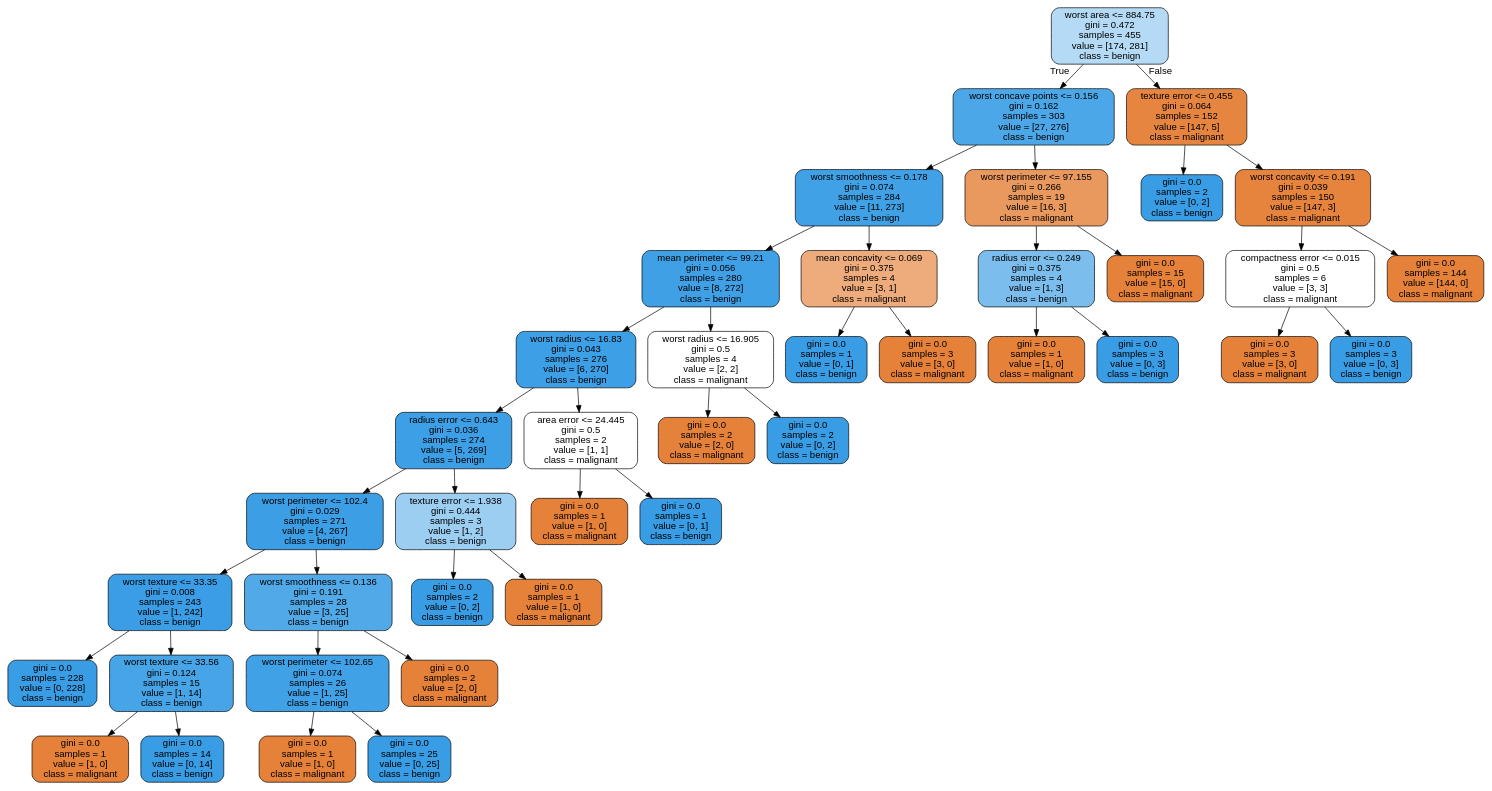
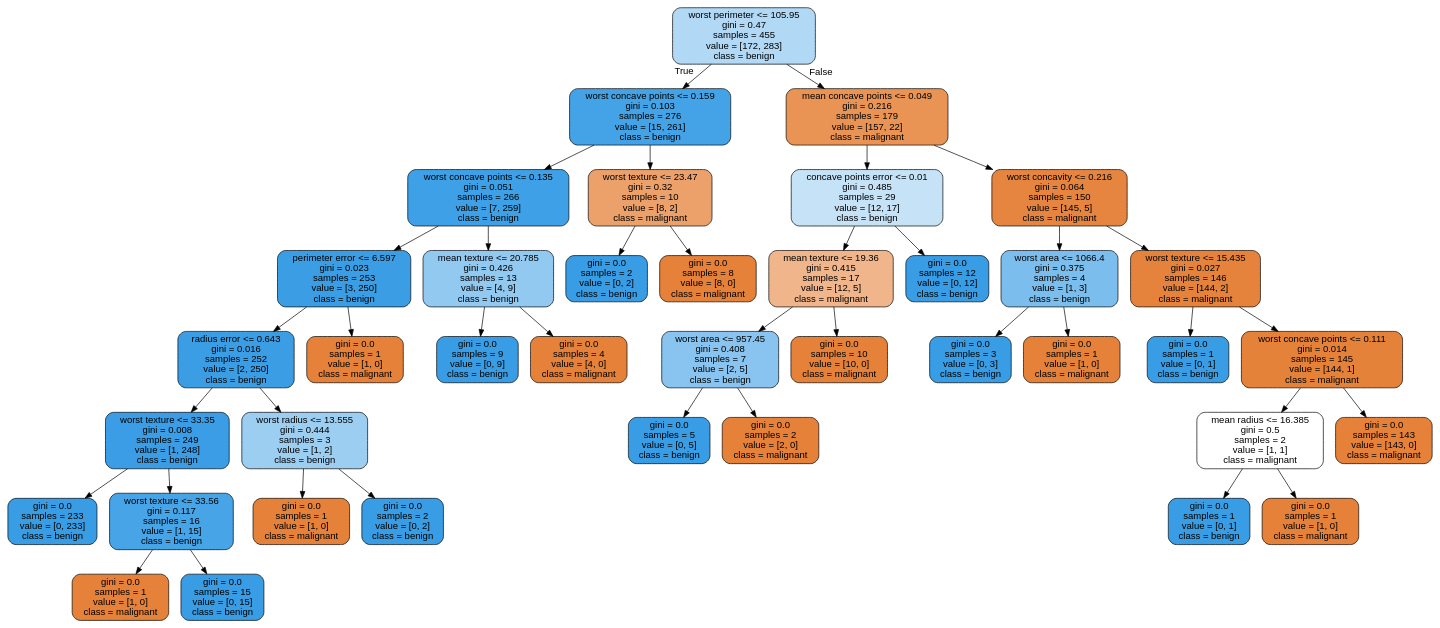
The diagram in images/decision_trees/cancer_tree_train.dot (JoseDeJesusMendozaBecerril/Practica4_MineriaDeDatos), drawn with Graphviz before and after one commit. The commit also changed 10 other files, not shown here.

```diff
--- a/images/decision_trees/cancer_tree_train.dot
+++ b/images/decision_trees/cancer_tree_train.dot
@@ -1,85 +1,81 @@
 digraph Tree {
 node [shape=box, style="filled, rounded", color="black", fontname=helvetica] ;
 edge [fontname=helvetica] ;
-0 [label="worst area <= 884.75\ngini = 0.472\nsamples = 455\nvalue = [174, 281]\nclass = benign", fillcolor="#b4daf5"] ;
-1 [label="worst concave points <= 0.156\ngini = 0.162\nsamples = 303\nvalue = [27, 276]\nclass = benign", fillcolor="#4ca7e8"] ;
+0 [label="worst perimeter <= 105.95\ngini = 0.47\nsamples = 455\nvalue = [172, 283]\nclass = benign", fillcolor="#b1d9f5"] ;
+1 [label="worst concave points <= 0.159\ngini = 0.103\nsamples = 276\nvalue = [15, 261]\nclass = benign", fillcolor="#44a3e6"] ;
 0 -> 1 [labeldistance=2.5, labelangle=45, headlabel="True"] ;
-2 [label="worst smoothness <= 0.178\ngini = 0.074\nsamples = 284\nvalue = [11, 273]\nclass = benign", fillcolor="#41a1e6"] ;
+2 [label="worst concave points <= 0.135\ngini = 0.051\nsamples = 266\nvalue = [7, 259]\nclass = benign", fillcolor="#3ea0e6"] ;
 1 -> 2 ;
-3 [label="mean perimeter <= 99.21\ngini = 0.056\nsamples = 280\nvalue = [8, 272]\nclass = benign", fillcolor="#3fa0e6"] ;
+3 [label="perimeter error <= 6.597\ngini = 0.023\nsamples = 253\nvalue = [3, 250]\nclass = benign", fillcolor="#3b9ee5"] ;
 2 -> 3 ;
-4 [label="worst radius <= 16.83\ngini = 0.043\nsamples = 276\nvalue = [6, 270]\nclass = benign", fillcolor="#3d9fe6"] ;
+4 [label="radius error <= 0.643\ngini = 0.016\nsamples = 252\nvalue = [2, 250]\nclass = benign", fillcolor="#3b9ee5"] ;
 3 -> 4 ;
-5 [label="radius error <= 0.643\ngini = 0.036\nsamples = 274\nvalue = [5, 269]\nclass = benign", fillcolor="#3d9fe5"] ;
+5 [label="worst texture <= 33.35\ngini = 0.008\nsamples = 249\nvalue = [1, 248]\nclass = benign", fillcolor="#3a9de5"] ;
 4 -> 5 ;
-6 [label="worst perimeter <= 102.4\ngini = 0.029\nsamples = 271\nvalue = [4, 267]\nclass = benign", fillcolor="#3c9ee5"] ;
+6 [label="gini = 0.0\nsamples = 233\nvalue = [0, 233]\nclass = benign", fillcolor="#399de5"] ;
 5 -> 6 ;
-7 [label="worst texture <= 33.35\ngini = 0.008\nsamples = 243\nvalue = [1, 242]\nclass = benign", fillcolor="#3a9de5"] ;
-6 -> 7 ;
-8 [label="gini = 0.0\nsamples = 228\nvalue = [0, 228]\nclass = benign", fillcolor="#399de5"] ;
+7 [label="worst texture <= 33.56\ngini = 0.117\nsamples = 16\nvalue = [1, 15]\nclass = benign", fillcolor="#46a4e7"] ;
+5 -> 7 ;
+8 [label="gini = 0.0\nsamples = 1\nvalue = [1, 0]\nclass = malignant", fillcolor="#e58139"] ;
 7 -> 8 ;
-9 [label="worst texture <= 33.56\ngini = 0.124\nsamples = 15\nvalue = [1, 14]\nclass = benign", fillcolor="#47a4e7"] ;
+9 [label="gini = 0.0\nsamples = 15\nvalue = [0, 15]\nclass = benign", fillcolor="#399de5"] ;
 7 -> 9 ;
-10 [label="gini = 0.0\nsamples = 1\nvalue = [1, 0]\nclass = malignant", fillcolor="#e58139"] ;
-9 -> 10 ;
-11 [label="gini = 0.0\nsamples = 14\nvalue = [0, 14]\nclass = benign", fillcolor="#399de5"] ;
-9 -> 11 ;
-12 [label="worst smoothness <= 0.136\ngini = 0.191\nsamples = 28\nvalue = [3, 25]\nclass = benign", fillcolor="#51a9e8"] ;
-6 -> 12 ;
-13 [label="worst perimeter <= 102.65\ngini = 0.074\nsamples = 26\nvalue = [1, 25]\nclass = benign", fillcolor="#41a1e6"] ;
-12 -> 13 ;
-14 [label="gini = 0.0\nsamples = 1\nvalue = [1, 0]\nclass = malignant", fillcolor="#e58139"] ;
-13 -> 14 ;
-15 [label="gini = 0.0\nsamples = 25\nvalue = [0, 25]\nclass = benign", fillcolor="#399de5"] ;
-13 -> 15 ;
-16 [label="gini = 0.0\nsamples = 2\nvalue = [2, 0]\nclass = malignant", fillcolor="#e58139"] ;
-12 -> 16 ;
-17 [label="texture error <= 1.938\ngini = 0.444\nsamples = 3\nvalue = [1, 2]\nclass = benign", fillcolor="#9ccef2"] ;
-5 -> 17 ;
+10 [label="worst radius <= 13.555\ngini = 0.444\nsamples = 3\nvalue = [1, 2]\nclass = benign", fillcolor="#9ccef2"] ;
+4 -> 10 ;
+11 [label="gini = 0.0\nsamples = 1\nvalue = [1, 0]\nclass = malignant", fillcolor="#e58139"] ;
+10 -> 11 ;
+12 [label="gini = 0.0\nsamples = 2\nvalue = [0, 2]\nclass = benign", fillcolor="#399de5"] ;
+10 -> 12 ;
+13 [label="gini = 0.0\nsamples = 1\nvalue = [1, 0]\nclass = malignant", fillcolor="#e58139"] ;
+3 -> 13 ;
+14 [label="mean texture <= 20.785\ngini = 0.426\nsamples = 13\nvalue = [4, 9]\nclass = benign", fillcolor="#91c9f1"] ;
+2 -> 14 ;
+15 [label="gini = 0.0\nsamples = 9\nvalue = [0, 9]\nclass = benign", fillcolor="#399de5"] ;
+14 -> 15 ;
+16 [label="gini = 0.0\nsamples = 4\nvalue = [4, 0]\nclass = malignant", fillcolor="#e58139"] ;
+14 -> 16 ;
+17 [label="worst texture <= 23.47\ngini = 0.32\nsamples = 10\nvalue = [8, 2]\nclass = malignant", fillcolor="#eca06a"] ;
+1 -> 17 ;
 18 [label="gini = 0.0\nsamples = 2\nvalue = [0, 2]\nclass = benign", fillcolor="#399de5"] ;
 17 -> 18 ;
-19 [label="gini = 0.0\nsamples = 1\nvalue = [1, 0]\nclass = malignant", fillcolor="#e58139"] ;
+19 [label="gini = 0.0\nsamples = 8\nvalue = [8, 0]\nclass = malignant", fillcolor="#e58139"] ;
 17 -> 19 ;
-20 [label="area error <= 24.445\ngini = 0.5\nsamples = 2\nvalue = [1, 1]\nclass = malignant", fillcolor="#ffffff"] ;
-4 -> 20 ;
-21 [label="gini = 0.0\nsamples = 1\nvalue = [1, 0]\nclass = malignant", fillcolor="#e58139"] ;
+20 [label="mean concave points <= 0.049\ngini = 0.216\nsamples = 179\nvalue = [157, 22]\nclass = malignant", fillcolor="#e99355"] ;
+0 -> 20 [labeldistance=2.5, labelangle=-45, headlabel="False"] ;
+21 [label="concave points error <= 0.01\ngini = 0.485\nsamples = 29\nvalue = [12, 17]\nclass = benign", fillcolor="#c5e2f7"] ;
 20 -> 21 ;
-22 [label="gini = 0.0\nsamples = 1\nvalue = [0, 1]\nclass = benign", fillcolor="#399de5"] ;
-20 -> 22 ;
-23 [label="worst radius <= 16.905\ngini = 0.5\nsamples = 4\nvalue = [2, 2]\nclass = malignant", fillcolor="#ffffff"] ;
-3 -> 23 ;
-24 [label="gini = 0.0\nsamples = 2\nvalue = [2, 0]\nclass = malignant", fillcolor="#e58139"] ;
+22 [label="mean texture <= 19.36\ngini = 0.415\nsamples = 17\nvalue = [12, 5]\nclass = malignant", fillcolor="#f0b58b"] ;
+21 -> 22 ;
+23 [label="worst area <= 957.45\ngini = 0.408\nsamples = 7\nvalue = [2, 5]\nclass = benign", fillcolor="#88c4ef"] ;
+22 -> 23 ;
+24 [label="gini = 0.0\nsamples = 5\nvalue = [0, 5]\nclass = benign", fillcolor="#399de5"] ;
 23 -> 24 ;
-25 [label="gini = 0.0\nsamples = 2\nvalue = [0, 2]\nclass = benign", fillcolor="#399de5"] ;
+25 [label="gini = 0.0\nsamples = 2\nvalue = [2, 0]\nclass = malignant", fillcolor="#e58139"] ;
 23 -> 25 ;
-26 [label="mean concavity <= 0.069\ngini = 0.375\nsamples = 4\nvalue = [3, 1]\nclass = malignant", fillcolor="#eeab7b"] ;
-2 -> 26 ;
-27 [label="gini = 0.0\nsamples = 1\nvalue = [0, 1]\nclass = benign", fillcolor="#399de5"] ;
-26 -> 27 ;
-28 [label="gini = 0.0\nsamples = 3\nvalue = [3, 0]\nclass = malignant", fillcolor="#e58139"] ;
-26 -> 28 ;
-29 [label="worst perimeter <= 97.155\ngini = 0.266\nsamples = 19\nvalue = [16, 3]\nclass = malignant", fillcolor="#ea995e"] ;
-1 -> 29 ;
-30 [label="radius error <= 0.249\ngini = 0.375\nsamples = 4\nvalue = [1, 3]\nclass = benign", fillcolor="#7bbeee"] ;
+26 [label="gini = 0.0\nsamples = 10\nvalue = [10, 0]\nclass = malignant", fillcolor="#e58139"] ;
+22 -> 26 ;
+27 [label="gini = 0.0\nsamples = 12\nvalue = [0, 12]\nclass = benign", fillcolor="#399de5"] ;
+21 -> 27 ;
+28 [label="worst concavity <= 0.216\ngini = 0.064\nsamples = 150\nvalue = [145, 5]\nclass = malignant", fillcolor="#e68540"] ;
+20 -> 28 ;
+29 [label="worst area <= 1066.4\ngini = 0.375\nsamples = 4\nvalue = [1, 3]\nclass = benign", fillcolor="#7bbeee"] ;
+28 -> 29 ;
+30 [label="gini = 0.0\nsamples = 3\nvalue = [0, 3]\nclass = benign", fillcolor="#399de5"] ;
 29 -> 30 ;
 31 [label="gini = 0.0\nsamples = 1\nvalue = [1, 0]\nclass = malignant", fillcolor="#e58139"] ;
-30 -> 31 ;
-32 [label="gini = 0.0\nsamples = 3\nvalue = [0, 3]\nclass = benign", fillcolor="#399de5"] ;
-30 -> 32 ;
-33 [label="gini = 0.0\nsamples = 15\nvalue = [15, 0]\nclass = malignant", fillcolor="#e58139"] ;
-29 -> 33 ;
-34 [label="texture error <= 0.455\ngini = 0.064\nsamples = 152\nvalue = [147, 5]\nclass = malignant", fillcolor="#e68540"] ;
-0 -> 34 [labeldistance=2.5, labelangle=-45, headlabel="False"] ;
-35 [label="gini = 0.0\nsamples = 2\nvalue = [0, 2]\nclass = benign", fillcolor="#399de5"] ;
+29 -> 31 ;
+32 [label="worst texture <= 15.435\ngini = 0.027\nsamples = 146\nvalue = [144, 2]\nclass = malignant", fillcolor="#e5833c"] ;
+28 -> 32 ;
+33 [label="gini = 0.0\nsamples = 1\nvalue = [0, 1]\nclass = benign", fillcolor="#399de5"] ;
+32 -> 33 ;
+34 [label="worst concave points <= 0.111\ngini = 0.014\nsamples = 145\nvalue = [144, 1]\nclass = malignant", fillcolor="#e5823a"] ;
+32 -> 34 ;
+35 [label="mean radius <= 16.385\ngini = 0.5\nsamples = 2\nvalue = [1, 1]\nclass = malignant", fillcolor="#ffffff"] ;
 34 -> 35 ;
-36 [label="worst concavity <= 0.191\ngini = 0.039\nsamples = 150\nvalue = [147, 3]\nclass = malignant", fillcolor="#e6843d"] ;
-34 -> 36 ;
-37 [label="compactness error <= 0.015\ngini = 0.5\nsamples = 6\nvalue = [3, 3]\nclass = malignant", fillcolor="#ffffff"] ;
-36 -> 37 ;
-38 [label="gini = 0.0\nsamples = 3\nvalue = [3, 0]\nclass = malignant", fillcolor="#e58139"] ;
-37 -> 38 ;
-39 [label="gini = 0.0\nsamples = 3\nvalue = [0, 3]\nclass = benign", fillcolor="#399de5"] ;
-37 -> 39 ;
-40 [label="gini = 0.0\nsamples = 144\nvalue = [144, 0]\nclass = malignant", fillcolor="#e58139"] ;
-36 -> 40 ;
+36 [label="gini = 0.0\nsamples = 1\nvalue = [0, 1]\nclass = benign", fillcolor="#399de5"] ;
+35 -> 36 ;
+37 [label="gini = 0.0\nsamples = 1\nvalue = [1, 0]\nclass = malignant", fillcolor="#e58139"] ;
+35 -> 37 ;
+38 [label="gini = 0.0\nsamples = 143\nvalue = [143, 0]\nclass = malignant", fillcolor="#e58139"] ;
+34 -> 38 ;
 }
```
